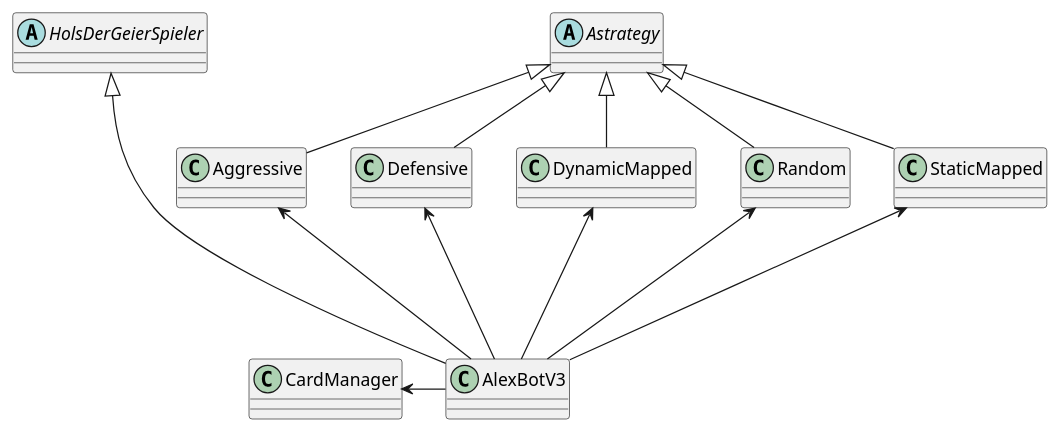
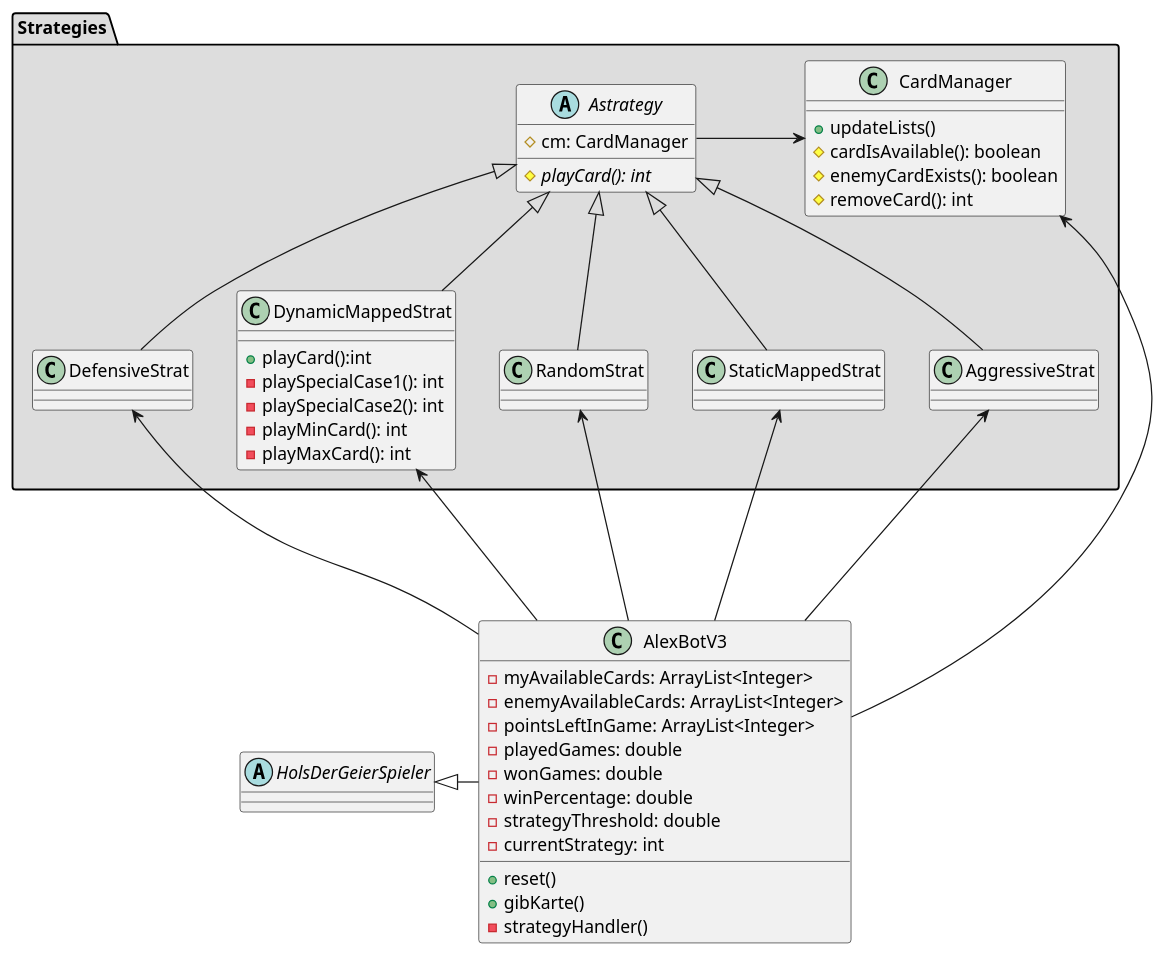
Before and after one commit to Galaktron234/Hols_der_Geier: the diagram in AlexBotV3.puml, drawn with PlantUML. The commit also changed 4 other files, not shown here.

Commit message:
Change UML

```diff
--- a/AlexBotV3.puml
+++ b/AlexBotV3.puml
@@ -1,28 +1,61 @@
 @startuml
 'https://plantuml.com/class-diagram
 
 abstract class HolsDerGeierSpieler
-abstract class Astrategy
-class AlexBotV3
-class CardManager
-class Aggressive
-class Defensive
-class DynamicMapped
-class Random
-class StaticMapped
 
 
-HolsDerGeierSpieler <|---- AlexBotV3
+class AlexBotV3{
+    - myAvailableCards: ArrayList<Integer>
+    - enemyAvailableCards: ArrayList<Integer>
+    - pointsLeftInGame: ArrayList<Integer>
+    - playedGames: double
+    - wonGames: double
+    - winPercentage: double
+    - strategyThreshold: double
+    - currentStrategy: int
+    + reset()
+    + gibKarte()
+    - strategyHandler()
+}
+
+package "Strategies" #DDDDDD{
+    abstract class Astrategy{
+         # cm: CardManager
+         # {abstract} playCard(): int
+    }
+    class CardManager{
+        + updateLists()
+        # cardIsAvailable(): boolean
+        # enemyCardExists(): boolean
+        # removeCard(): int
+    }
+
+    class AggressiveStrat
+    class DefensiveStrat
+    class DynamicMappedStrat{
+        + playCard():int
+        - playSpecialCase1(): int
+        - playSpecialCase2(): int
+        - playMinCard(): int
+        - playMaxCard(): int
+    }
+
+    class RandomStrat
+    class StaticMappedStrat
+}
+
+HolsDerGeierSpieler <|- AlexBotV3
+CardManager<-Astrategy
 CardManager <- AlexBotV3
-Astrategy <|-- Aggressive
-Astrategy <|-- Defensive
-Astrategy <|-- DynamicMapped
-Astrategy <|-- StaticMapped
-Astrategy <|-- Random
-Aggressive <--- AlexBotV3
-Defensive <--- AlexBotV3
-DynamicMapped <--- AlexBotV3
-StaticMapped <--- AlexBotV3
-Random <--- AlexBotV3
+Astrategy <|-- AggressiveStrat
+Astrategy <|-- DefensiveStrat
+Astrategy <|-- DynamicMappedStrat
+Astrategy <|-- StaticMappedStrat
+Astrategy <|-- RandomStrat
+AggressiveStrat <--- AlexBotV3
+DefensiveStrat <--- AlexBotV3
+DynamicMappedStrat <--- AlexBotV3
+StaticMappedStrat <--- AlexBotV3
+RandomStrat <--- AlexBotV3
 
 @enduml
```
